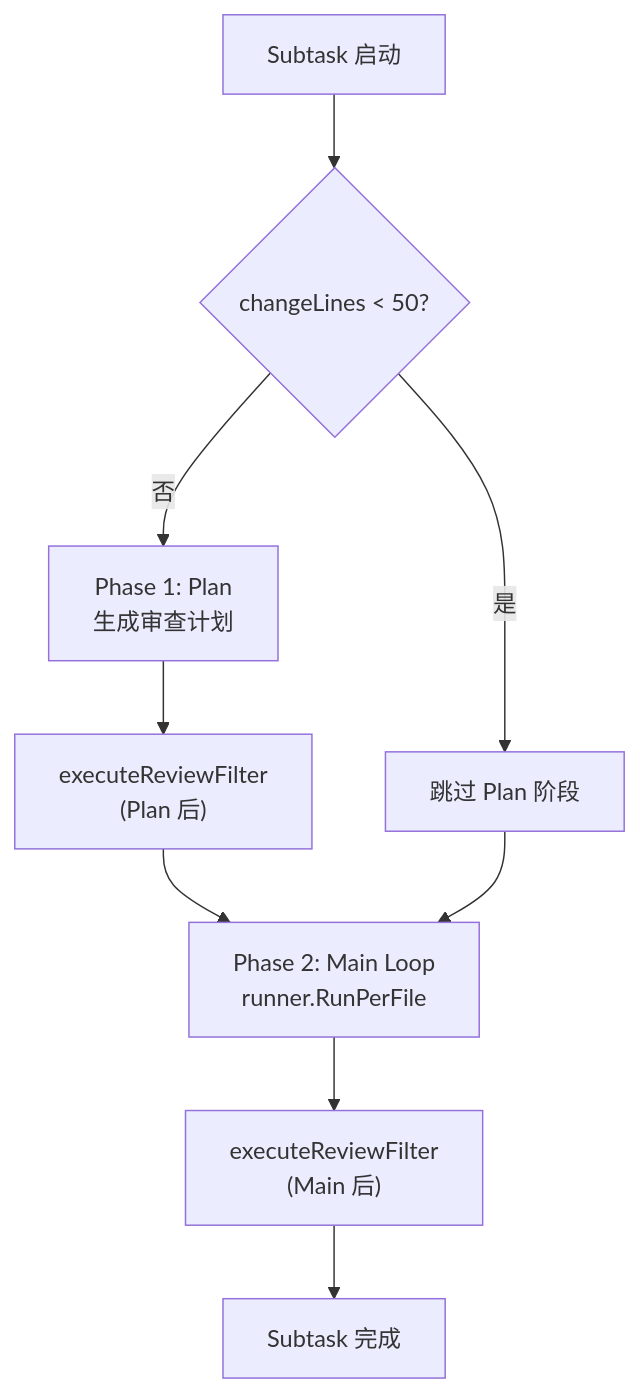
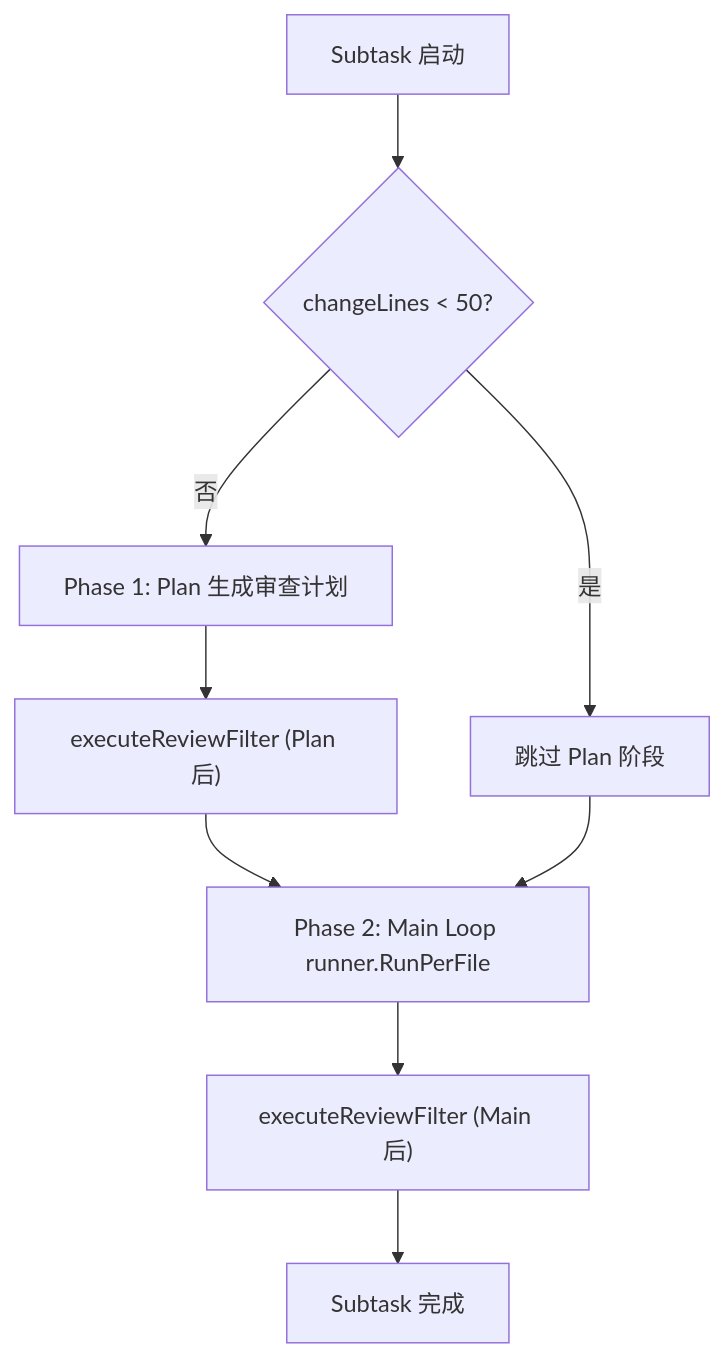
Before and after one commit to awesome-flexloop/awesome-okf: the fifth of 12 diagrams in doc/bundles/jishu/ai/products/open-code-review/concepts/01-architecture.md, drawn with Mermaid. The commit also changed other lines of this file and 10 other files, not shown here.

First line of the commit message:
docs(bundle): 清偿 Open Code Review 存量 Mermaid 违规避免规范漂移累积

````diff
--- a/doc/bundles/jishu/ai/products/open-code-review/concepts/01-architecture.md
+++ b/doc/bundles/jishu/ai/products/open-code-review/concepts/01-architecture.md
@@ -335,11 +325,11 @@
 ```mermaid
 flowchart TD
     ST["Subtask 启动"] --> Check{"changeLines < 50?"}
     Check -->|"是"| Skip["跳过 Plan 阶段"]
-    Check -->|"否"| Plan["Phase 1: Plan<br/>生成审查计划"]
-    Plan --> Filter1["executeReviewFilter<br/>(Plan 后)"]
-    Filter1 --> Main["Phase 2: Main Loop<br/>runner.RunPerFile"]
+    Check -->|"否"| Plan["Phase 1: Plan 生成审查计划"]
+    Plan --> Filter1["executeReviewFilter (Plan 后)"]
+    Filter1 --> Main["Phase 2: Main Loop runner.RunPerFile"]
     Skip --> Main
-    Main --> Filter2["executeReviewFilter<br/>(Main 后)"]
+    Main --> Filter2["executeReviewFilter (Main 后)"]
     Filter2 --> Done["Subtask 完成"]
 ```
````
